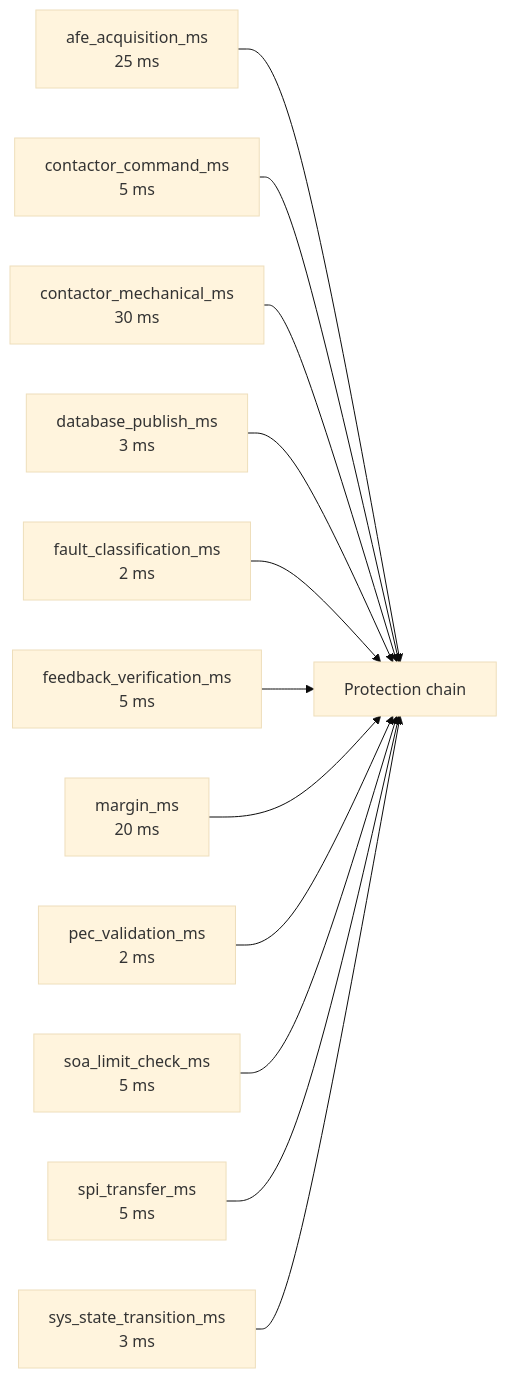
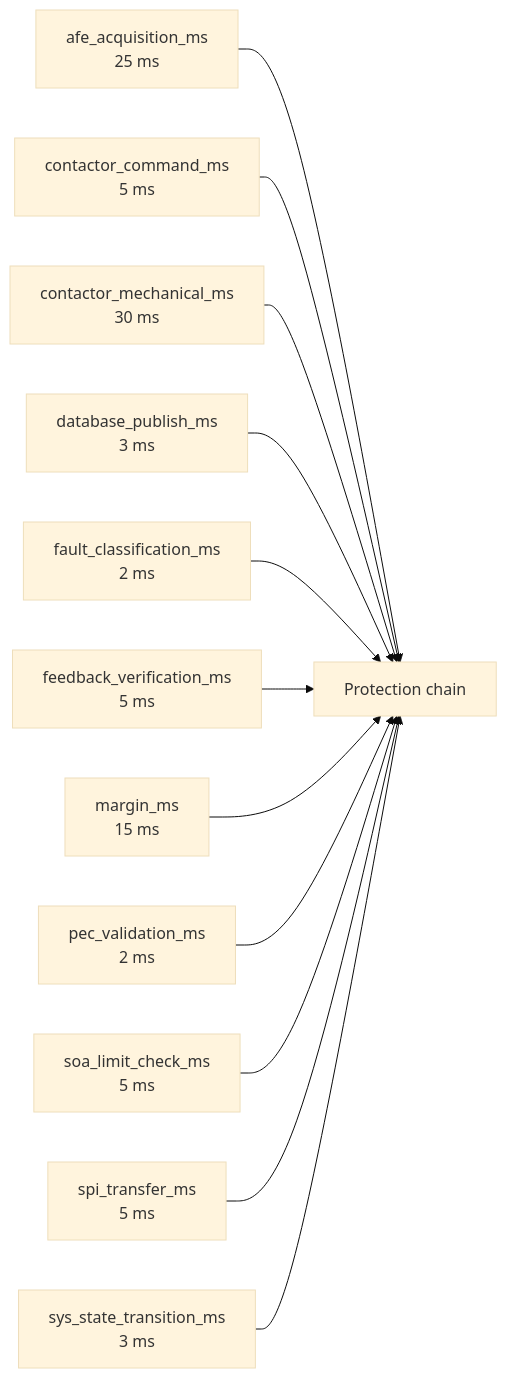
One commit to vinod0m/foxbms-2 changed diagram 11 of 11 in docs/artifacts/spec-documents/05-software-architecture-specification.md. Above: the diagram before and after it, drawn with Mermaid (base theme). The commit also changed other lines of this file and 85 other files, not shown here.

````diff
--- a/docs/artifacts/spec-documents/05-software-architecture-specification.md
+++ b/docs/artifacts/spec-documents/05-software-architecture-specification.md
@@ -315,26 +315,26 @@
 ```mermaid
 flowchart LR
     CHAIN["Protection chain"]
     T_afe_acquisition_ms["afe_acquisition_ms<br/>25 ms"]
     T_afe_acquisition_ms --> CHAIN
     T_contactor_command_ms["contactor_command_ms<br/>5 ms"]
     T_contactor_command_ms --> CHAIN
     T_contactor_mechanical_ms["contactor_mechanical_ms<br/>30 ms"]
     T_contactor_mechanical_ms --> CHAIN
     T_database_publish_ms["database_publish_ms<br/>3 ms"]
     T_database_publish_ms --> CHAIN
     T_fault_classification_ms["fault_classification_ms<br/>2 ms"]
     T_fault_classification_ms --> CHAIN
     T_feedback_verification_ms["feedback_verification_ms<br/>5 ms"]
     T_feedback_verification_ms --> CHAIN
-    T_margin_ms["margin_ms<br/>20 ms"]
+    T_margin_ms["margin_ms<br/>15 ms"]
     T_margin_ms --> CHAIN
     T_pec_validation_ms["pec_validation_ms<br/>2 ms"]
     T_pec_validation_ms --> CHAIN
     T_soa_limit_check_ms["soa_limit_check_ms<br/>5 ms"]
     T_soa_limit_check_ms --> CHAIN
     T_spi_transfer_ms["spi_transfer_ms<br/>5 ms"]
     T_spi_transfer_ms --> CHAIN
     T_sys_state_transition_ms["sys_state_transition_ms<br/>3 ms"]
     T_sys_state_transition_ms --> CHAIN
 ```
````
